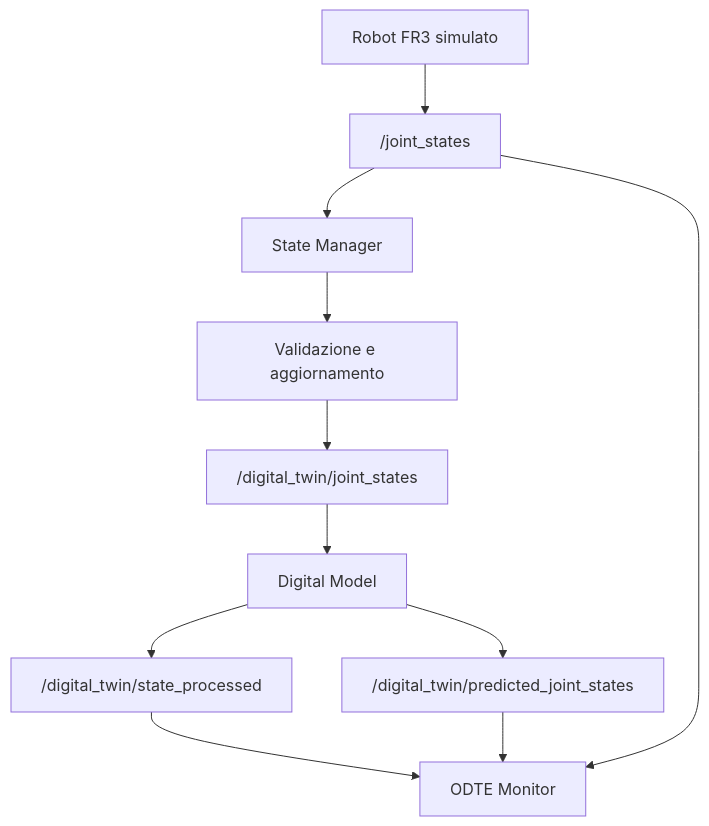
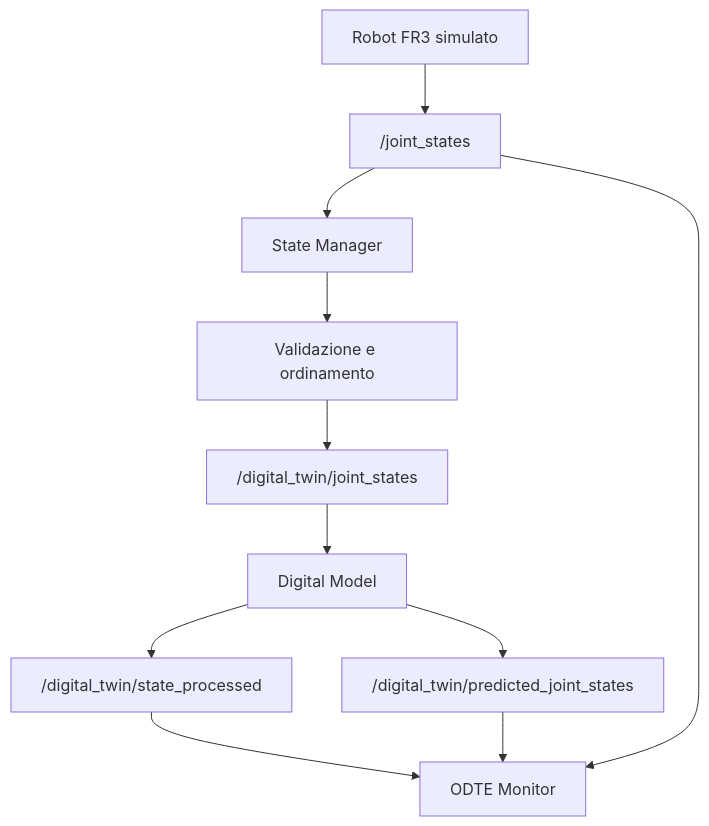
The second of 3 diagrams in docs/architecture.md (chiarabrignani/franka_digital_twin), drawn with Mermaid before and after one commit. The commit also changed other lines of this file and 2 other files, not shown here.

````diff
--- a/docs/architecture.md
+++ b/docs/architecture.md
@@ -197,23 +180,23 @@
 ```mermaid
 flowchart TD
     A["Robot FR3 simulato"]
     B["/joint_states"]
     C["State Manager"]
-    D["Validazione e aggiornamento"]
+    D["Validazione e ordinamento"]
     E["/digital_twin/joint_states"]
     F["Digital Model"]
     G["/digital_twin/state_processed"]
     H["/digital_twin/predicted_joint_states"]
     I["ODTE Monitor"]
 
     A --> B
     B --> C
     C --> D
     D --> E
     E --> F
     F --> G
     F --> H
     G --> I
     H --> I
     B --> I
 ```
````
